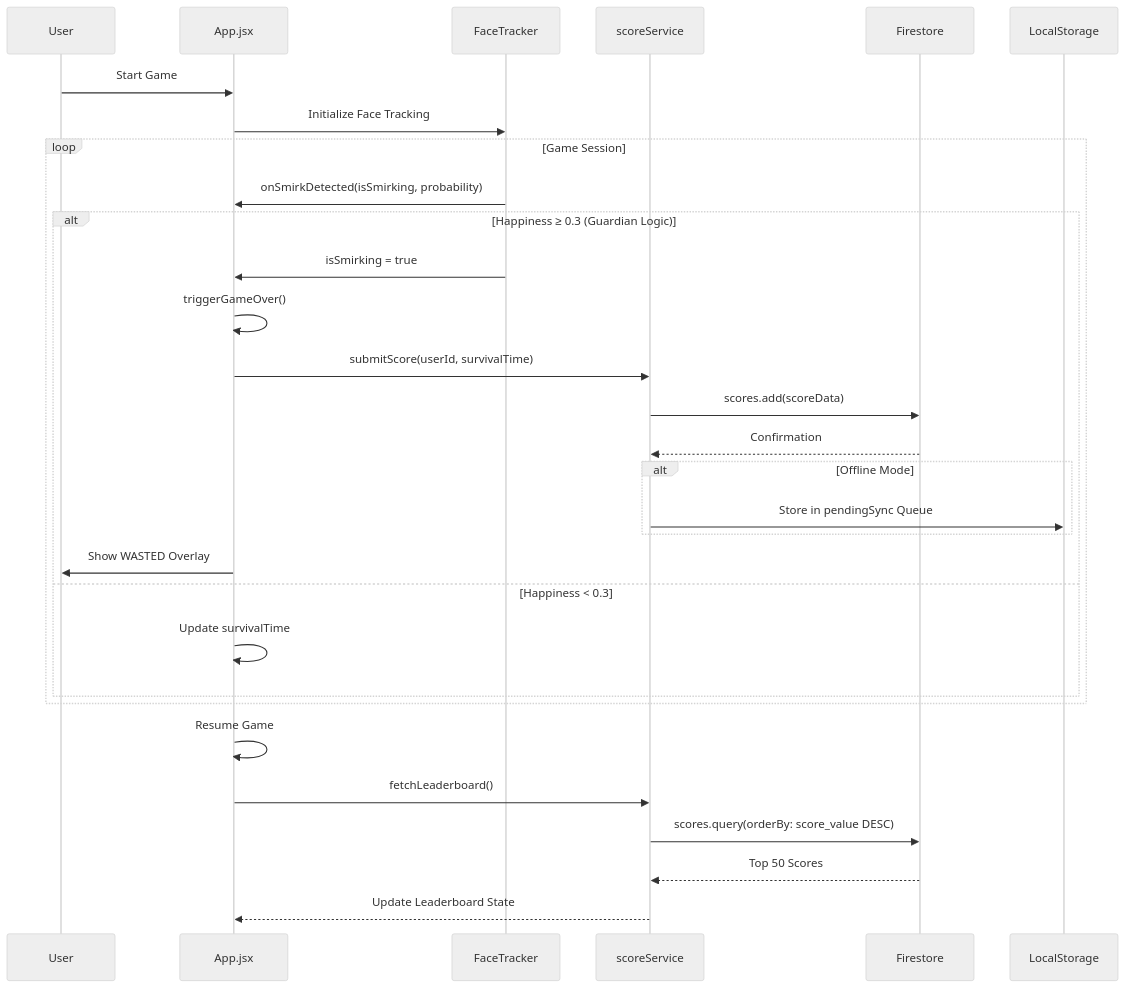
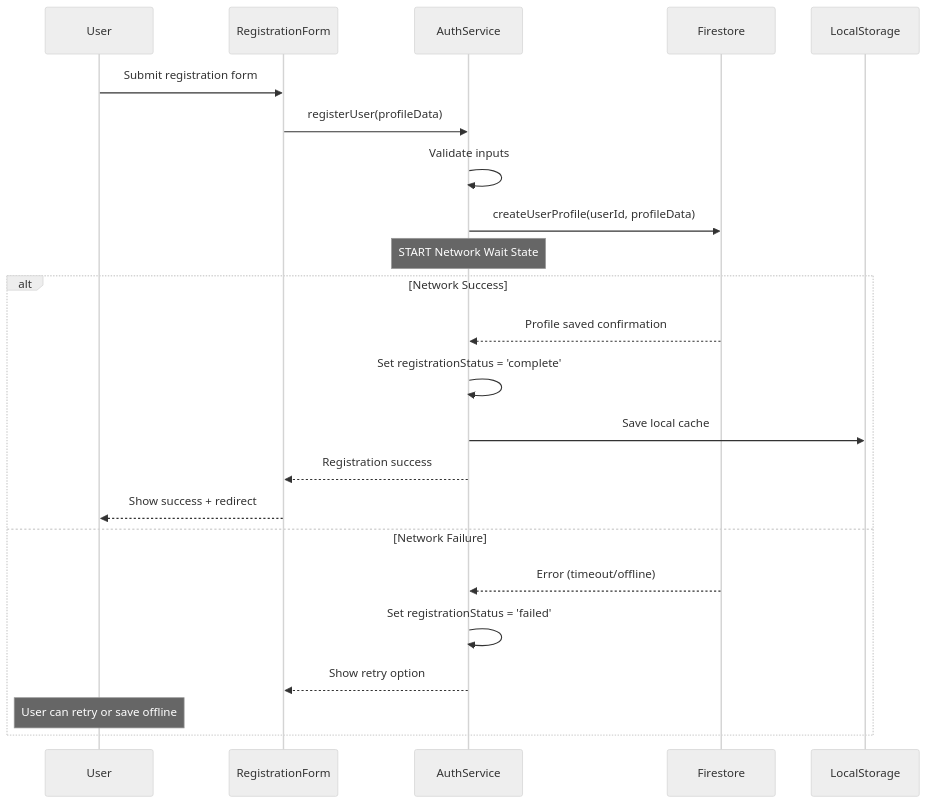
The first of 2 diagrams in docs/firestore-architecture.md (G1nga-synn3r/smirkle), drawn with Mermaid (neutral theme) before and after one commit. The commit also changed other lines of this file and 55 other files, not shown here.

First line of the commit message:
feat: build content safety architecture with face tracking safeguards and user verification

````diff
--- a/docs/firestore-architecture.md
+++ b/docs/firestore-architecture.md
@@ -698,39 +88,29 @@
 ```mermaid
 sequenceDiagram
-    participant U as User
-    participant A as App.jsx
-    participant FT as FaceTracker
-    participant SVC as scoreService
-    participant FS as Firestore
-    participant LS as LocalStorage
+    participant User
+    participant RegistrationForm
+    participant AuthService
+    participant Firestore
+    participant LocalStorage
     
-    U->>A: Start Game
-    A->>FT: Initialize Face Tracking
+    User->>RegistrationForm: Submit registration form
+    RegistrationForm->>AuthService: registerUser(profileData)
     
-    loop Game Session
-        FT->>A: onSmirkDetected(isSmirking, probability)
-        
-        alt Happiness ≥ 0.3 (Guardian Logic)
-            FT->>A: isSmirking = true
-            A->>A: triggerGameOver()
-            A->>SVC: submitScore(userId, survivalTime)
-            
-            SVC->>FS: scores.add(scoreData)
-            FS-->>SVC: Confirmation
-            
-            alt Offline Mode
-                SVC->>LS: Store in pendingSync Queue
-            end
-            
-            A->>U: Show WASTED Overlay
-        else Happiness < 0.3
-            A->>A: Update survivalTime
-        end
+    AuthService->>AuthService: Validate inputs
+    AuthService->>Firestore: createUserProfile(userId, profileData)
+    
+    Note over AuthService: START Network Wait State
+    
+    alt Network Success
+        Firestore-->>AuthService: Profile saved confirmation
+        AuthService->>AuthService: Set registrationStatus = 'complete'
+        AuthService->>LocalStorage: Save local cache
+        AuthService-->>RegistrationForm: Registration success
+        RegistrationForm-->>User: Show success + redirect
+    else Network Failure
+        Firestore-->>AuthService: Error (timeout/offline)
+        AuthService->>AuthService: Set registrationStatus = 'failed'
+        AuthService-->>RegistrationForm: Show retry option
+        Note over User: User can retry or save offline
     end
-    
-    A->>A: Resume Game
-    A->>SVC: fetchLeaderboard()
-    SVC->>FS: scores.query(orderBy: score_value DESC)
-    FS-->>SVC: Top 50 Scores
-    SVC-->>A: Update Leaderboard State
 ```
````
